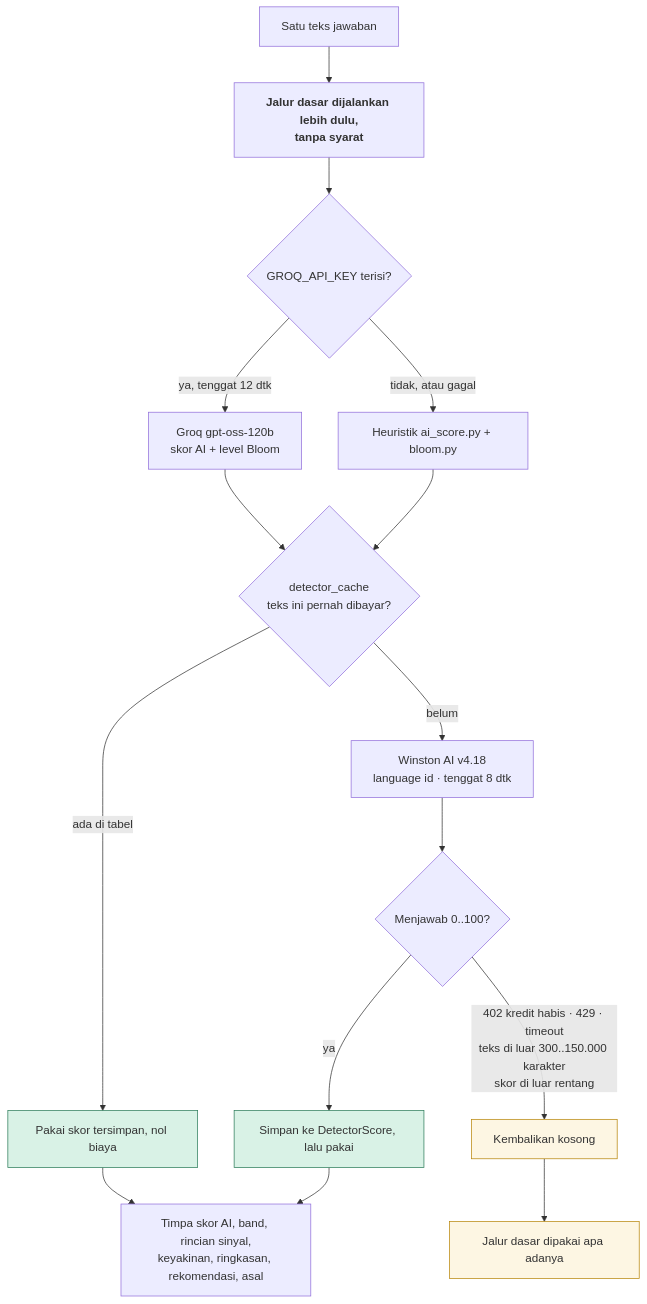
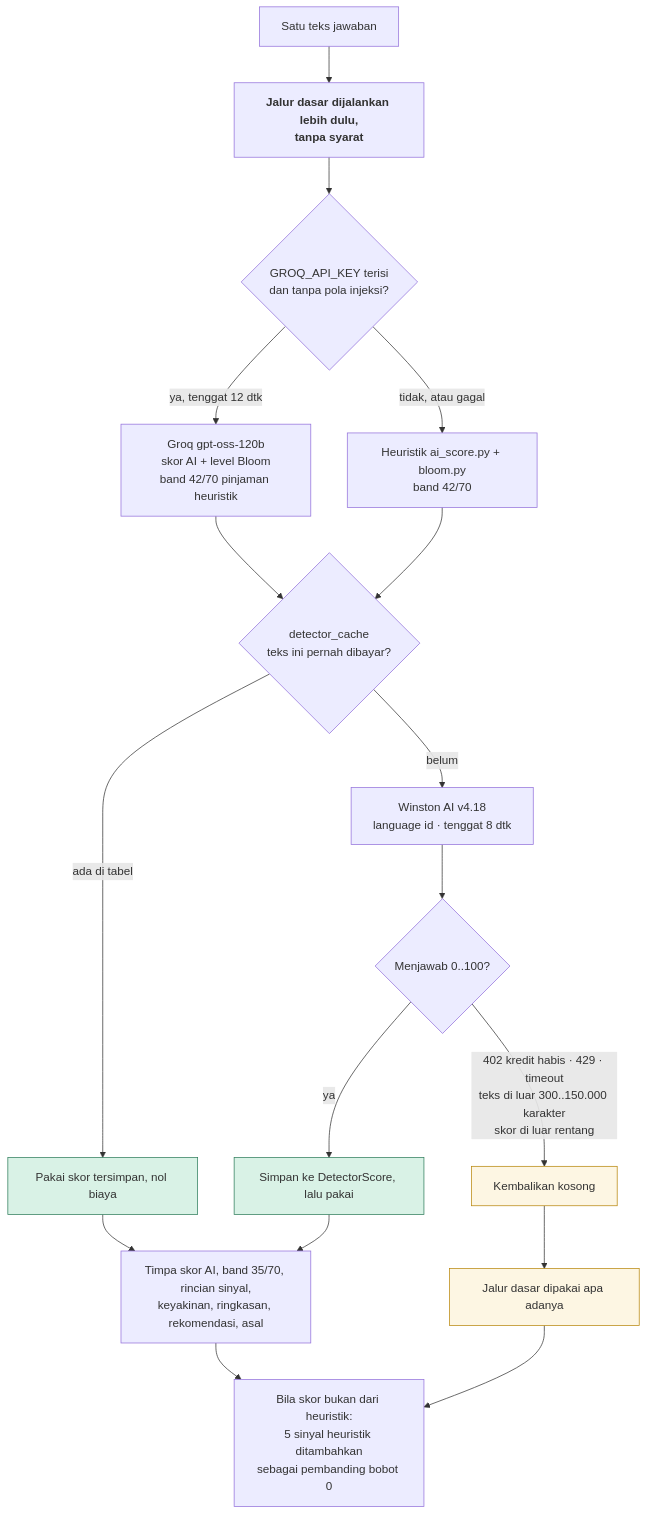
One commit to FadhRach/ThinkPath changed the second of 8 diagrams in diagram/05-alur-analisis.md. Above: the diagram before and after it, drawn with Mermaid. The commit also changed other lines of this file and 63 other files, not shown here.

````diff
--- a/diagram/05-alur-analisis.md
+++ b/diagram/05-alur-analisis.md
@@ -66,25 +70,27 @@
 ```mermaid
 flowchart TB
     T["Satu teks jawaban"] --> BASE["<b>Jalur dasar dijalankan lebih dulu,<br/>tanpa syarat</b>"]
-    BASE --> G{"GROQ_API_KEY terisi?"}
-    G -->|"ya, tenggat 12 dtk"| GROQ["Groq gpt-oss-120b<br/>skor AI + level Bloom"]
-    G -->|"tidak, atau gagal"| HEU["Heuristik ai_score.py + bloom.py"]
+    BASE --> G{"GROQ_API_KEY terisi<br/>dan tanpa pola injeksi?"}
+    G -->|"ya, tenggat 12 dtk"| GROQ["Groq gpt-oss-120b<br/>skor AI + level Bloom<br/>band 42/70 pinjaman heuristik"]
+    G -->|"tidak, atau gagal"| HEU["Heuristik ai_score.py + bloom.py<br/>band 42/70"]
 
     GROQ --> CACHE
     HEU --> CACHE{"detector_cache<br/>teks ini pernah dibayar?"}
     CACHE -->|"ada di tabel"| HIT["Pakai skor tersimpan, nol biaya"]
     CACHE -->|"belum"| CALL["Winston AI v4.18<br/>language id · tenggat 8 dtk"]
 
     CALL --> OK{"Menjawab 0..100?"}
     OK -->|"ya"| SIMPAN["Simpan ke DetectorScore, lalu pakai"]
     OK -->|"402 kredit habis · 429 · timeout<br/>teks di luar 300..150.000 karakter<br/>skor di luar rentang"| NONE["Kembalikan kosong"]
 
-    HIT --> OVL["Timpa skor AI, band, rincian sinyal,<br/>keyakinan, ringkasan, rekomendasi, asal"]
+    HIT --> OVL["Timpa skor AI, band 35/70, rincian sinyal,<br/>keyakinan, ringkasan, rekomendasi, asal"]
     SIMPAN --> OVL
     NONE --> PASS["Jalur dasar dipakai apa adanya"]
+    OVL --> PEMB["Bila skor bukan dari heuristik:<br/>5 sinyal heuristik ditambahkan<br/>sebagai pembanding bobot 0"]
+    PASS --> PEMB
 
     classDef kuat fill:#D9F2E6,stroke:#2E7D5B
     classDef aman fill:#FDF6E3,stroke:#B8860B
     class SIMPAN,HIT kuat
     class NONE,PASS aman
 ```
````
